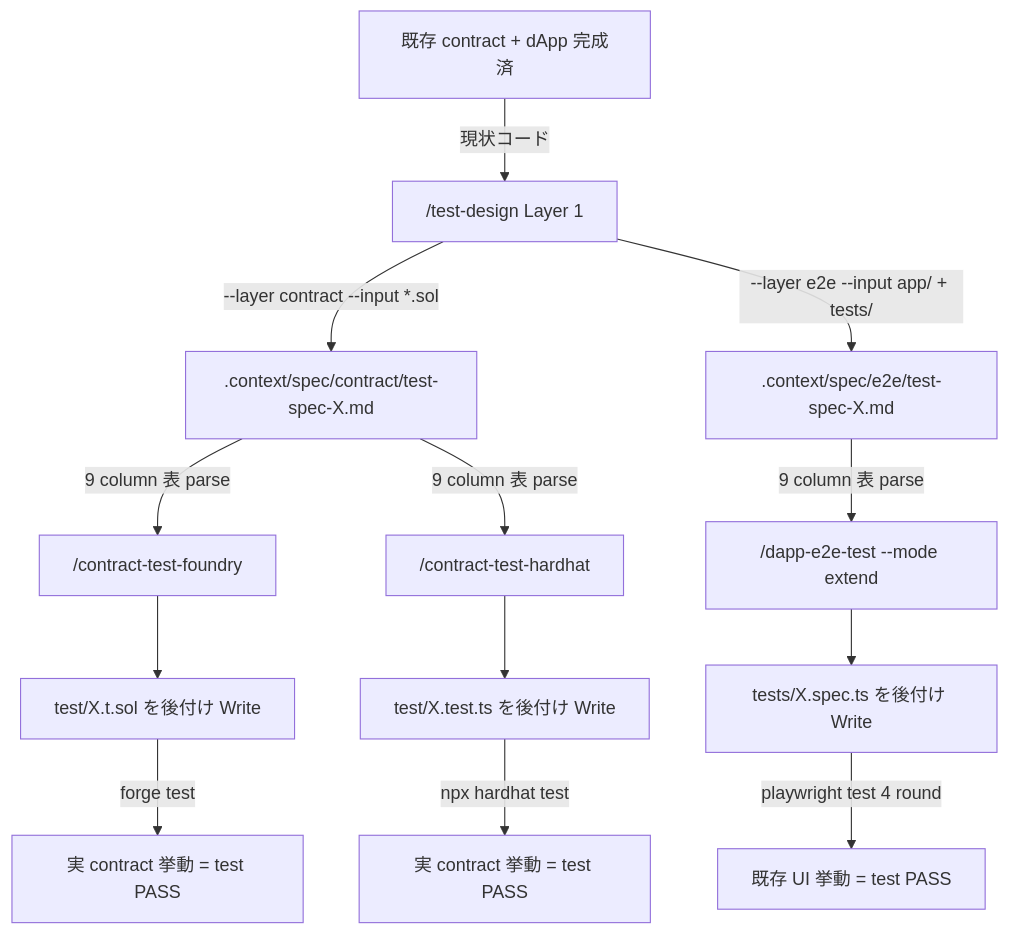
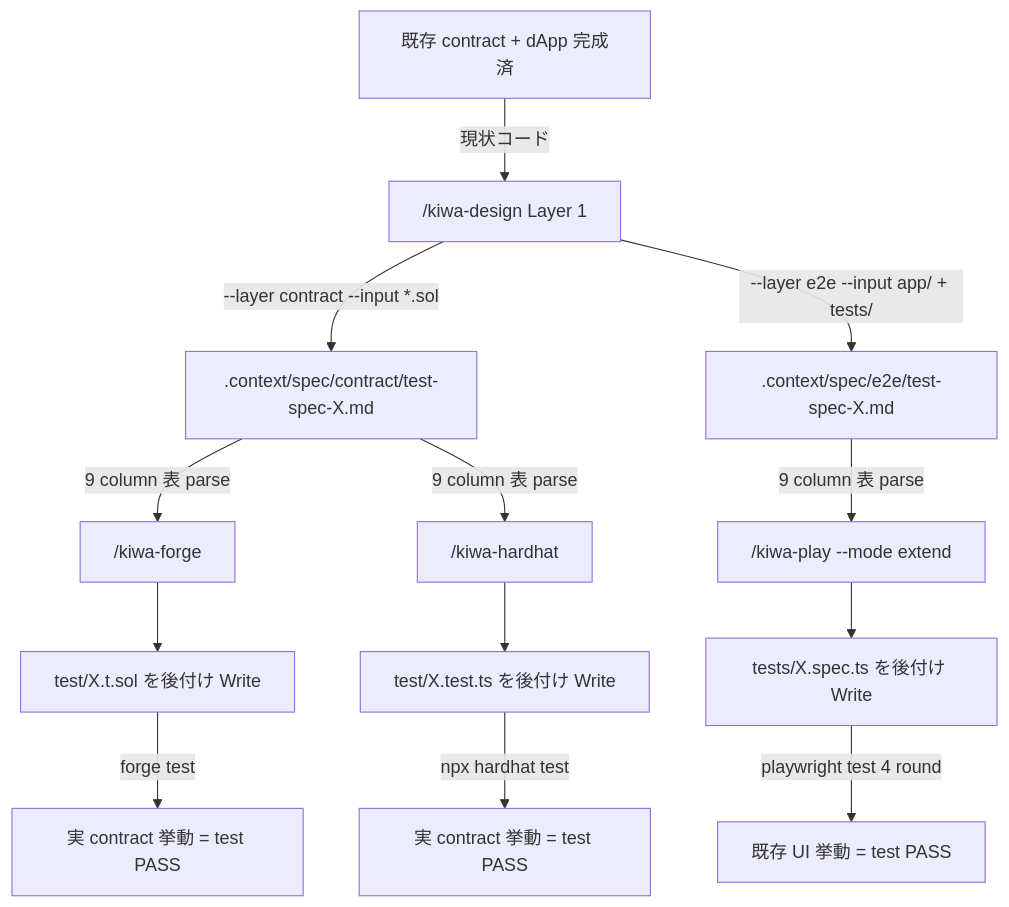
One commit to cardene777/kiwa changed the diagram in docs/ja/cookbook/test-design-flow.md. Above: the diagram before and after it, drawn with Mermaid. The commit also changed other lines of this file and 296 other files, not shown here.

First line of the commit message:
🎨 rebrand: dapp-e2e → kiwa 全面リネーム (npm / repo / docs / skill 4 つ)

````diff
--- a/docs/ja/cookbook/test-design-flow.md
+++ b/docs/ja/cookbook/test-design-flow.md
@@ -11,15 +11,15 @@
 ```mermaid
 graph TD
-    A[既存 contract + dApp 完成済] -->|現状コード| B["/test-design Layer 1"]
+    A[既存 contract + dApp 完成済] -->|現状コード| B["/kiwa-design Layer 1"]
     B -->|--layer contract --input *.sol| C[.context/spec/contract/test-spec-X.md]
     B -->|--layer e2e --input app/ + tests/| D[.context/spec/e2e/test-spec-X.md]
-    C -->|9 column 表 parse| E["/contract-test-foundry"]
-    C -->|9 column 表 parse| F["/contract-test-hardhat"]
-    D -->|9 column 表 parse| G["/dapp-e2e-test --mode extend"]
+    C -->|9 column 表 parse| E["/kiwa-forge"]
+    C -->|9 column 表 parse| F["/kiwa-hardhat"]
+    D -->|9 column 表 parse| G["/kiwa-play --mode extend"]
     E --> H[test/X.t.sol を後付け Write]
     F --> I[test/X.test.ts を後付け Write]
     G --> J[tests/X.spec.ts を後付け Write]
     H -->|forge test| K[実 contract 挙動 = test PASS]
     I -->|npx hardhat test| L[実 contract 挙動 = test PASS]
     J -->|playwright test 4 round| M[既存 UI 挙動 = test PASS]
 ```
````
